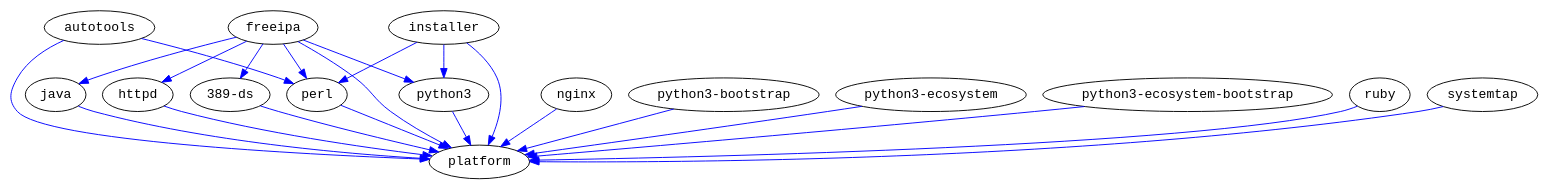
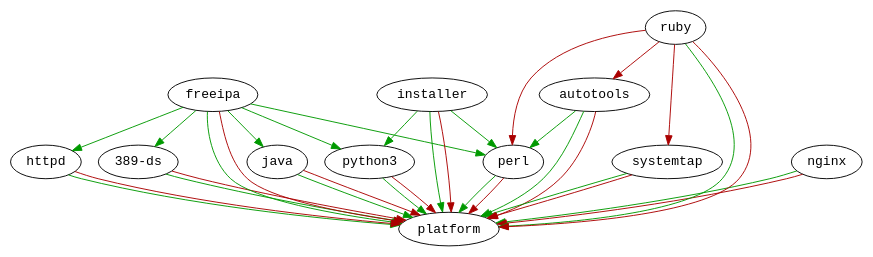
One commit to fedora-modularity/dependency-report changed the diagram in img/module-deps.dot. Above: the diagram before and after it, drawn with Graphviz. The commit also changed 551 other files, not shown here.

```diff
--- a/img/module-deps.dot
+++ b/img/module-deps.dot
@@ -1,36 +1,36 @@
-strict digraph G {
+digraph G {
   node [fontname=monospace];
-  "389-ds" -> "platform" [color=blue];
-  "389-ds" -> "platform" [color=blue];
-  "autotools" -> "platform" [color=blue];
-  "autotools" -> "platform" [color=blue];
-  "autotools" -> "perl" [color=blue];
-  "freeipa" -> "platform" [color=blue];
-  "freeipa" -> "platform" [color=blue];
-  "freeipa" -> "389-ds" [color=blue];
-  "freeipa" -> "java" [color=blue];
-  "freeipa" -> "httpd" [color=blue];
-  "freeipa" -> "perl" [color=blue];
-  "freeipa" -> "python3" [color=blue];
-  "httpd" -> "platform" [color=blue];
-  "httpd" -> "platform" [color=blue];
-  "installer" -> "platform" [color=blue];
-  "installer" -> "platform" [color=blue];
-  "installer" -> "perl" [color=blue];
-  "installer" -> "python3" [color=blue];
-  "java" -> "platform" [color=blue];
-  "java" -> "platform" [color=blue];
-  "nginx" -> "platform" [color=blue];
-  "nginx" -> "platform" [color=blue];
-  "perl" -> "platform" [color=blue];
-  "perl" -> "platform" [color=blue];
-  "python3" -> "platform" [color=blue];
-  "python3" -> "platform" [color=blue];
-  "python3-bootstrap" -> "platform" [color=blue];
-  "python3-ecosystem" -> "platform" [color=blue];
-  "python3-ecosystem-bootstrap" -> "platform" [color=blue];
-  "ruby" -> "platform" [color=blue];
-  "ruby" -> "platform" [color=blue];
-  "systemtap" -> "platform" [color=blue];
-  "systemtap" -> "platform" [color=blue];
+  "389-ds" -> "platform" [color="#009900"];
+  "389-ds" -> "platform" [color="#aa0000"];
+  "autotools" -> "platform" [color="#009900"];
+  "autotools" -> "perl" [color="#009900"];
+  "autotools" -> "platform" [color="#aa0000"];
+  "freeipa" -> "platform" [color="#009900"];
+  "freeipa" -> "389-ds" [color="#009900"];
+  "freeipa" -> "java" [color="#009900"];
+  "freeipa" -> "httpd" [color="#009900"];
+  "freeipa" -> "perl" [color="#009900"];
+  "freeipa" -> "python3" [color="#009900"];
+  "freeipa" -> "platform" [color="#aa0000"];
+  "httpd" -> "platform" [color="#009900"];
+  "httpd" -> "platform" [color="#aa0000"];
+  "installer" -> "platform" [color="#009900"];
+  "installer" -> "perl" [color="#009900"];
+  "installer" -> "python3" [color="#009900"];
+  "installer" -> "platform" [color="#aa0000"];
+  "java" -> "platform" [color="#009900"];
+  "java" -> "platform" [color="#aa0000"];
+  "nginx" -> "platform" [color="#009900"];
+  "nginx" -> "platform" [color="#aa0000"];
+  "perl" -> "platform" [color="#009900"];
+  "perl" -> "platform" [color="#aa0000"];
+  "python3" -> "platform" [color="#009900"];
+  "python3" -> "platform" [color="#aa0000"];
+  "ruby" -> "platform" [color="#009900"];
+  "ruby" -> "platform" [color="#aa0000"];
+  "ruby" -> "perl" [color="#aa0000"];
+  "ruby" -> "systemtap" [color="#aa0000"];
+  "ruby" -> "autotools" [color="#aa0000"];
+  "systemtap" -> "platform" [color="#009900"];
+  "systemtap" -> "platform" [color="#aa0000"];
 }
```
